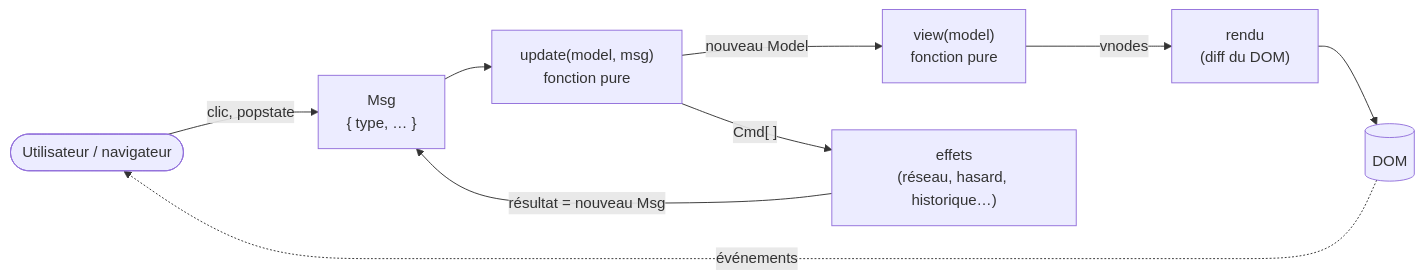
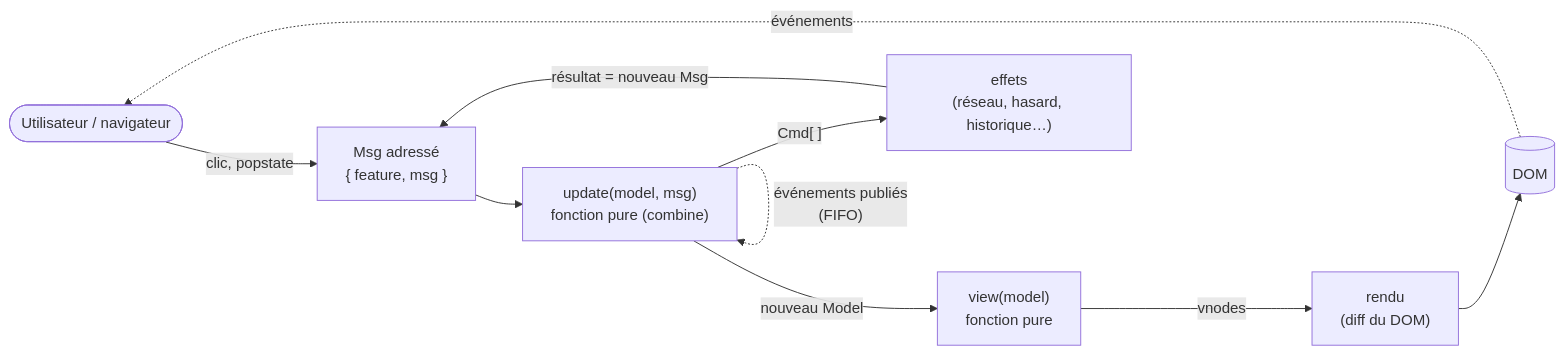
One commit to devsigner/aikido-trainer changed the first of 6 diagrams in README.md. Above: the diagram before and after it, drawn with Mermaid. The commit also changed other lines of this file and 50 other files, not shown here.

````diff
--- a/README.md
+++ b/README.md
@@ -102,11 +102,12 @@
 ```mermaid
 flowchart LR
-    U([Utilisateur / navigateur]) -- "clic, popstate" --> M["Msg<br/>{ type, … }"]
-    M --> UP["update(model, msg)<br/>fonction pure"]
+    U([Utilisateur / navigateur]) -- "clic, popstate" --> M["Msg adressé<br/>{ feature, msg }"]
+    M --> UP["update(model, msg)<br/>fonction pure (combine)"]
+    UP -. "événements publiés<br/>(FIFO)" .-> UP
     UP -- "nouveau Model" --> V["view(model)<br/>fonction pure"]
     V -- "vnodes" --> R["rendu<br/>(diff du DOM)"]
     R --> D[(DOM)]
     D -. "événements" .-> U
     UP -- "Cmd[ ]" --> E["effets<br/>(réseau, hasard, historique…)"]
     E -- "résultat = nouveau Msg" --> M
 ```
````
